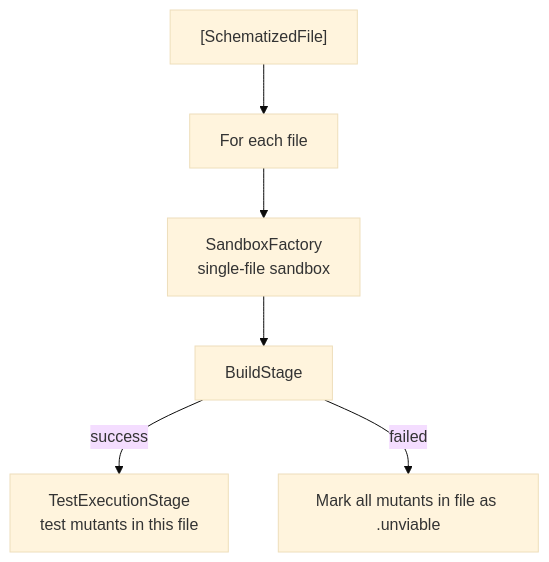
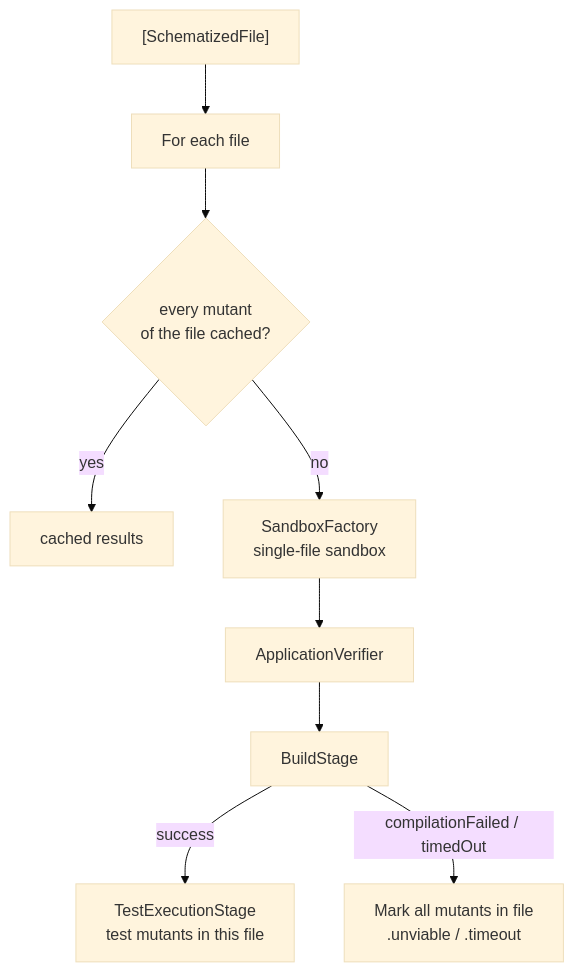
One commit to ericodx/swift-mutation-testing changed the fourth of 6 diagrams in Docs/Architecture/03-execution.md. Above: the diagram before and after it, drawn with Mermaid (base theme). The commit also changed other lines of this file and 6 other files, not shown here.

Commit message:
docs: rewrite the architecture pages around the current commands, layers, warm Xcode path and configuration keys

````diff
--- a/Docs/Architecture/03-execution.md
+++ b/Docs/Architecture/03-execution.md
@@ -178,8 +187,11 @@
 ```mermaid
 flowchart TD
     FILES["[SchematizedFile]"] --> LOOP["For each file"]
-    LOOP --> SF[SandboxFactory\nsingle-file sandbox]
-    SF --> BS[BuildStage]
-    BS -- success --> TES[TestExecutionStage\ntest mutants in this file]
-    BS -- failed --> UNVIABLE[Mark all mutants in file as .unviable]
+    LOOP --> CACHED{"every mutant\nof the file cached?"}
+    CACHED -- yes --> DONE[cached results]
+    CACHED -- no --> SF["SandboxFactory\nsingle-file sandbox"]
+    SF --> AV[ApplicationVerifier]
+    AV --> BS[BuildStage]
+    BS -- success --> TES["TestExecutionStage\ntest mutants in this file"]
+    BS -- "compilationFailed / timedOut" --> UNVIABLE["Mark all mutants in file\n.unviable / .timeout"]
 ```
````
